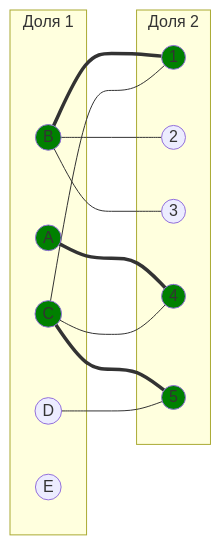
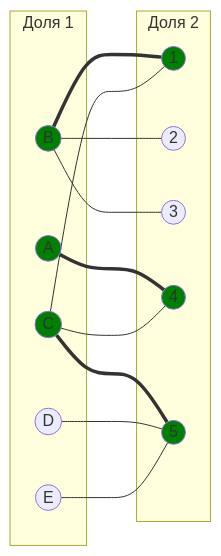
The tenth of 18 diagrams in Задание 14/CopyPaste.md (hse-algo-psapr-25/manual-tasks), drawn with Mermaid before and after one commit. The commit also changed other lines of this file, not shown here.

````diff
--- a/Задание 14/CopyPaste.md
+++ b/Задание 14/CopyPaste.md
@@ -291,32 +301,33 @@
 ```mermaid
 graph LR
     subgraph "Доля 1"
         A((A))
         B((B))
         C((C))
         D((D))
         E((E))
     end
     subgraph "Доля 2"
         1((1))
         2((2))
         3((3))
         4((4))
         5((5))
     end
     A === 4
     B === 1
     B --- 2
     B --- 3
     C --- 1
     C --- 4
     C === 5
     D --- 5
+    E --- 5
     
     style A fill:#008000
     style B fill:#008000
     style C fill:#008000
     style 1 fill:#008000
     style 4 fill:#008000
     style 5 fill:#008000
 ```
````
